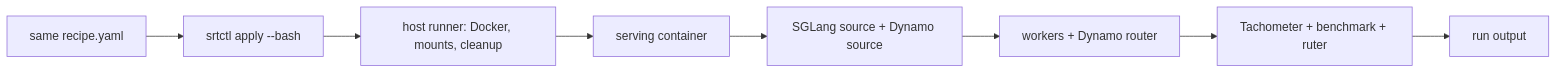
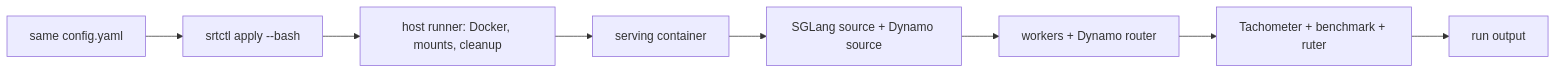
Before and after one commit to NVIDIA/srt-slurm: the diagram in docs/direct-host.md, drawn with Mermaid. The commit also changed other lines of this file and 580 other files, not shown here.

````diff
--- a/docs/direct-host.md
+++ b/docs/direct-host.md
@@ -12,10 +12,10 @@
 ```mermaid
 flowchart LR
-    Y["same recipe.yaml"] --> R["srtctl apply --bash"]
+    Y["same config.yaml"] --> R["srtctl apply --bash"]
     R --> H["host runner: Docker, mounts, cleanup"]
     H --> C["serving container"]
     C --> S["SGLang source + Dynamo source"]
     S --> W["workers + Dynamo router"]
     W --> T["Tachometer + benchmark + ruter"]
     T --> O["run output"]
 ```
````
